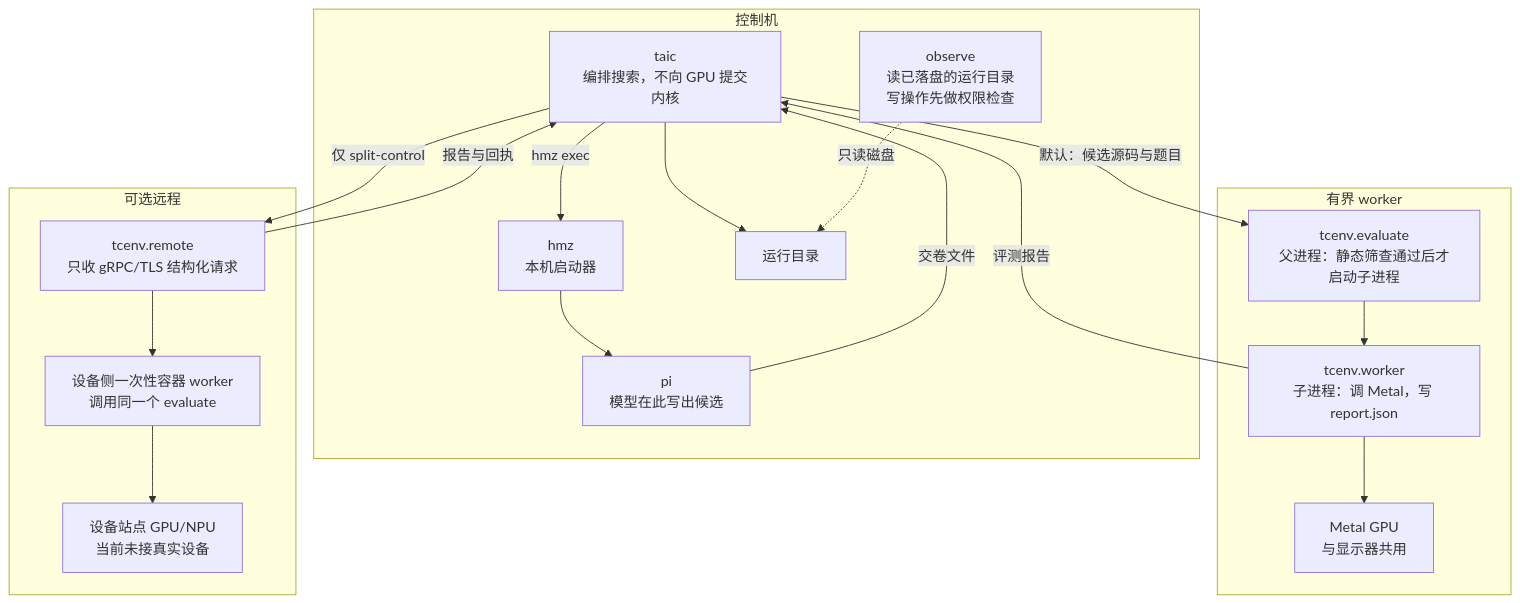
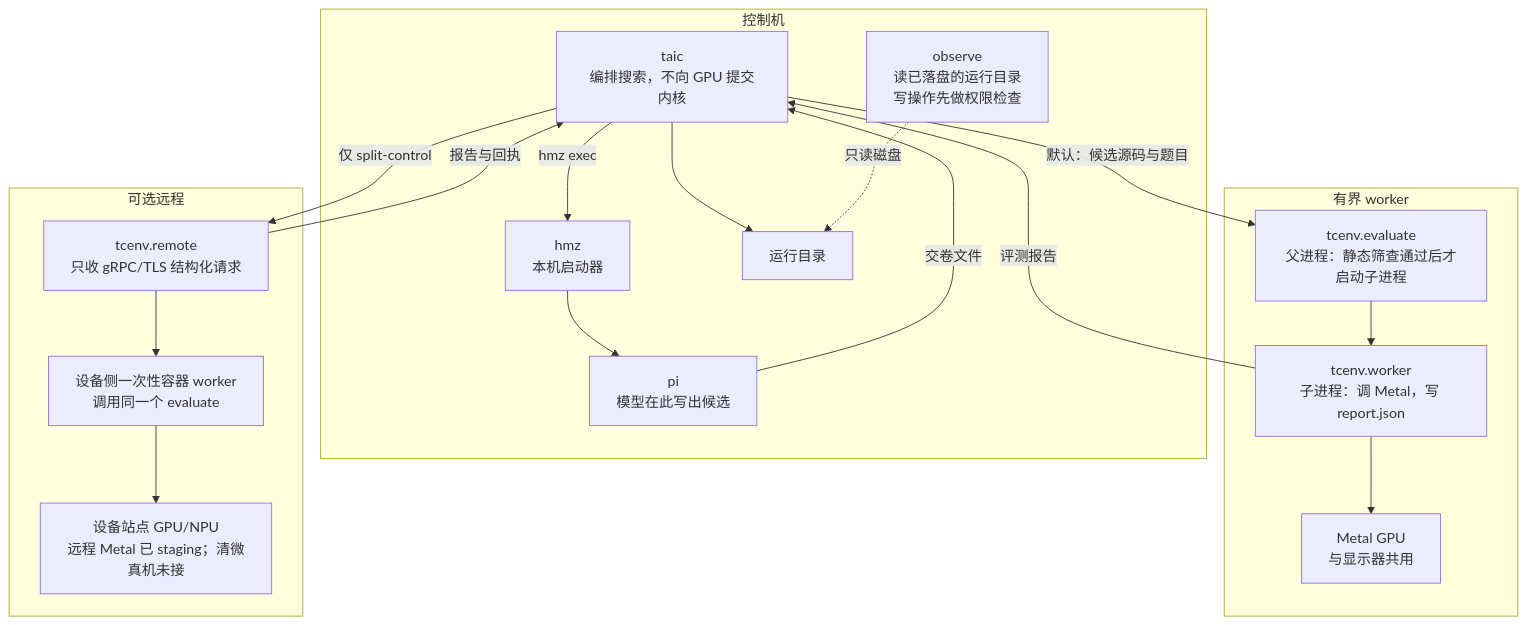
Before and after one commit to kuafuwang/ShapeForge: the first of 5 diagrams in docs/架构说明.md, drawn with Mermaid. The commit also changed other lines of this file and 31 other files, not shown here.

````diff
--- a/docs/架构说明.md
+++ b/docs/架构说明.md
@@ -61,30 +61,30 @@
 ```mermaid
 flowchart TB
   subgraph control [控制机]
     taic["taic<br/>编排搜索，不向 GPU 提交内核"]
     hmz["hmz<br/>本机启动器"]
     pi["pi<br/>模型在此写出候选"]
     observe["observe<br/>读已落盘的运行目录<br/>写操作先做权限检查"]
     runs["运行目录"]
     taic -->|"hmz exec"| hmz --> pi
     pi -->|"交卷文件"| taic
     taic --> runs
     observe -.->|"只读磁盘"| runs
   end
   subgraph worker [有界 worker]
     parent["tcenv.evaluate<br/>父进程：静态筛查通过后才启动子进程"]
     child["tcenv.worker<br/>子进程：调 Metal，写 report.json"]
     gpu["Metal GPU<br/>与显示器共用"]
     parent --> child --> gpu
   end
   subgraph remote [可选远程]
     rpc["tcenv.remote<br/>只收 gRPC/TLS 结构化请求"]
     box["设备侧一次性容器 worker<br/>调用同一个 evaluate"]
-    site["设备站点 GPU/NPU<br/>当前未接真实设备"]
+    site["设备站点 GPU/NPU<br/>远程 Metal 已 staging；清微真机未接"]
     rpc --> box --> site
   end
   taic -->|"默认：候选源码与题目"| parent
   child -->|"评测报告"| taic
   taic -->|"仅 split-control"| rpc
   rpc -->|"报告与回执"| taic
 ```
````
